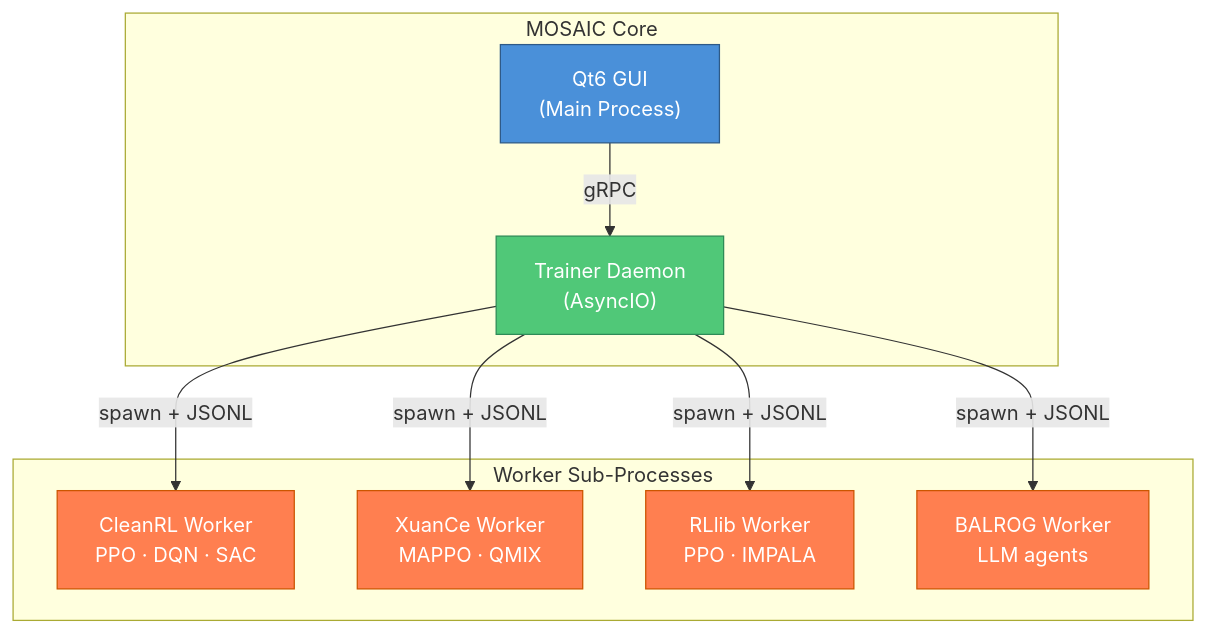
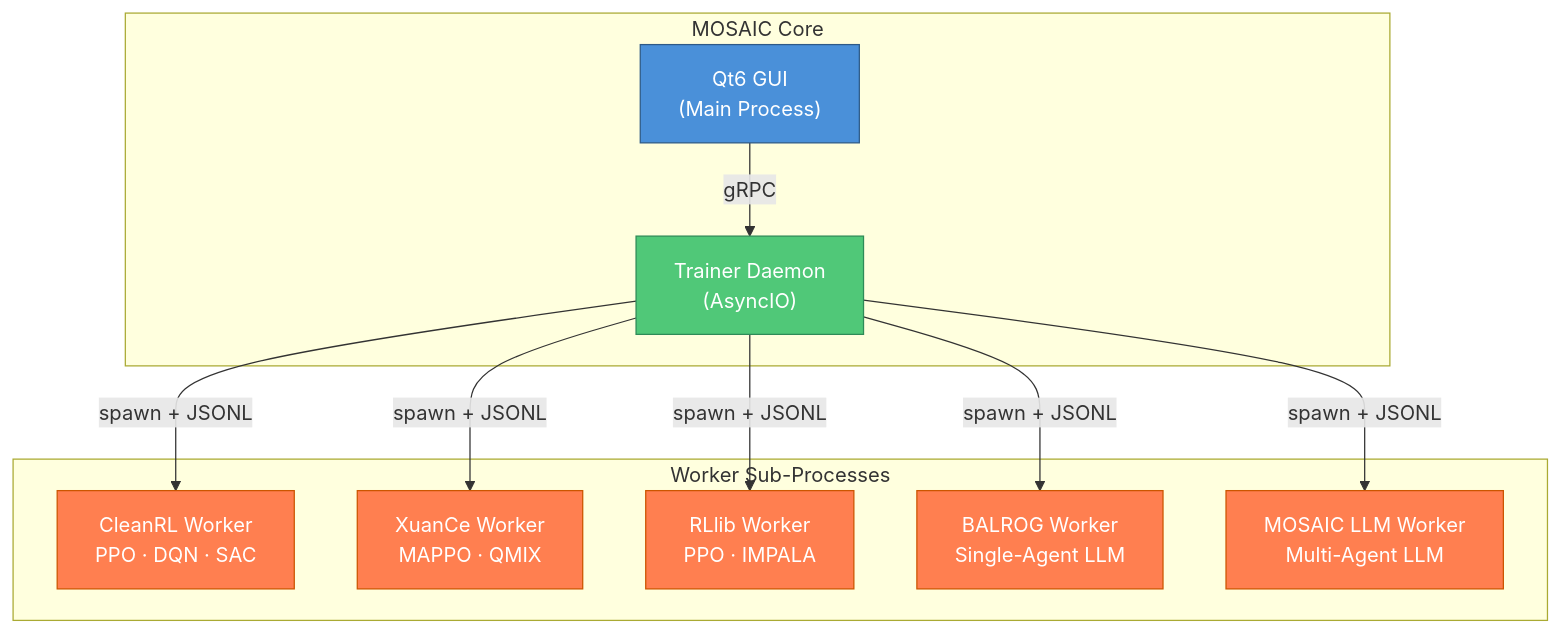
Before and after one commit to Abdulhamid97Mousa/mosaic: the diagram in docs/source/documents/architecture/workers/index.rst, drawn with Mermaid. The commit also changed other lines of this file and 21 other files, not shown here.

```diff
--- a/docs/source/documents/architecture/workers/index.rst
+++ b/docs/source/documents/architecture/workers/index.rst
@@ -10,27 +10,30 @@
 .. mermaid::
 
    graph TB
        subgraph "MOSAIC Core"
            GUI["Qt6 GUI<br/>(Main Process)"]
            Daemon["Trainer Daemon<br/>(AsyncIO)"]
        end
 
        subgraph "Worker Sub-Processes"
            W1["CleanRL Worker<br/>PPO · DQN · SAC"]
            W2["XuanCe Worker<br/>MAPPO · QMIX"]
            W3["RLlib Worker<br/>PPO · IMPALA"]
-           W4["BALROG Worker<br/>LLM agents"]
+           W4["BALROG Worker<br/>Single-Agent LLM"]
+           W5["MOSAIC LLM Worker<br/>Multi-Agent LLM"]
        end
 
        GUI -- "gRPC" --> Daemon
        Daemon -- "spawn + JSONL" --> W1
        Daemon -- "spawn + JSONL" --> W2
        Daemon -- "spawn + JSONL" --> W3
        Daemon -- "spawn + JSONL" --> W4
+       Daemon -- "spawn + JSONL" --> W5
 
        style GUI fill:#4a90d9,stroke:#2e5a87,color:#fff
        style Daemon fill:#50c878,stroke:#2e8b57,color:#fff
        style W1 fill:#ff7f50,stroke:#cc5500,color:#fff
        style W2 fill:#ff7f50,stroke:#cc5500,color:#fff
        style W3 fill:#ff7f50,stroke:#cc5500,color:#fff
        style W4 fill:#ff7f50,stroke:#cc5500,color:#fff
+       style W5 fill:#ff7f50,stroke:#cc5500,color:#fff
```
